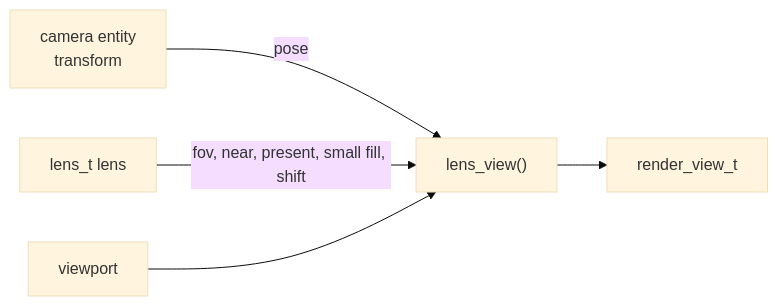
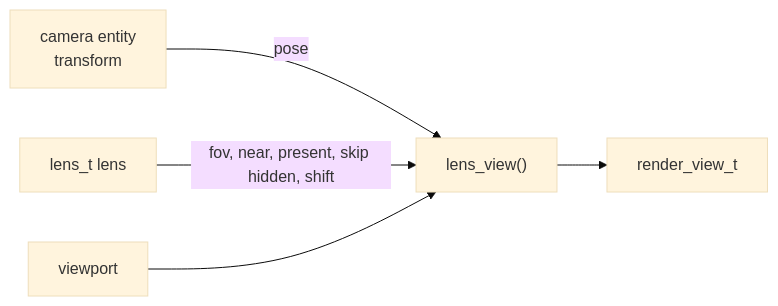
The diagram in docs/render/scene/Camera.md (jose-villegas/autana), drawn with Mermaid (base theme) before and after one commit. The commit also changed other lines of this file and 38 other files, not shown here.

````diff
--- a/docs/render/scene/Camera.md
+++ b/docs/render/scene/Camera.md
@@ -12,7 +12,7 @@
 ```mermaid
 flowchart LR
     E["camera entity<br/>transform"] -->|"pose"| V["lens_view()"]
-    L["lens_t lens"] -->|"fov, near, present, small fill, shift"| V
+    L["lens_t lens"] -->|"fov, near, present, skip hidden, shift"| V
     P["viewport"] --> V
     V --> R["render_view_t"]
 ```
````
